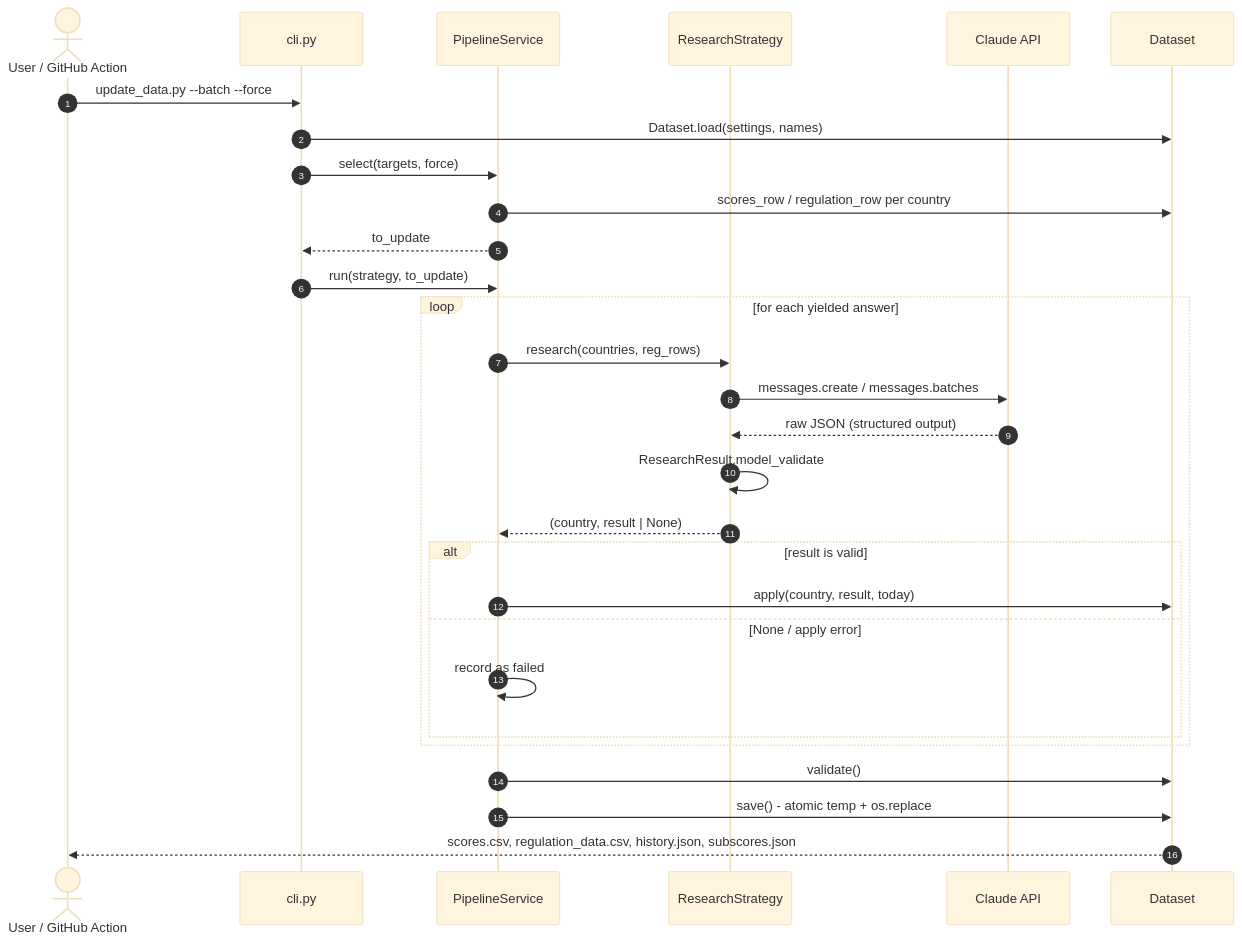
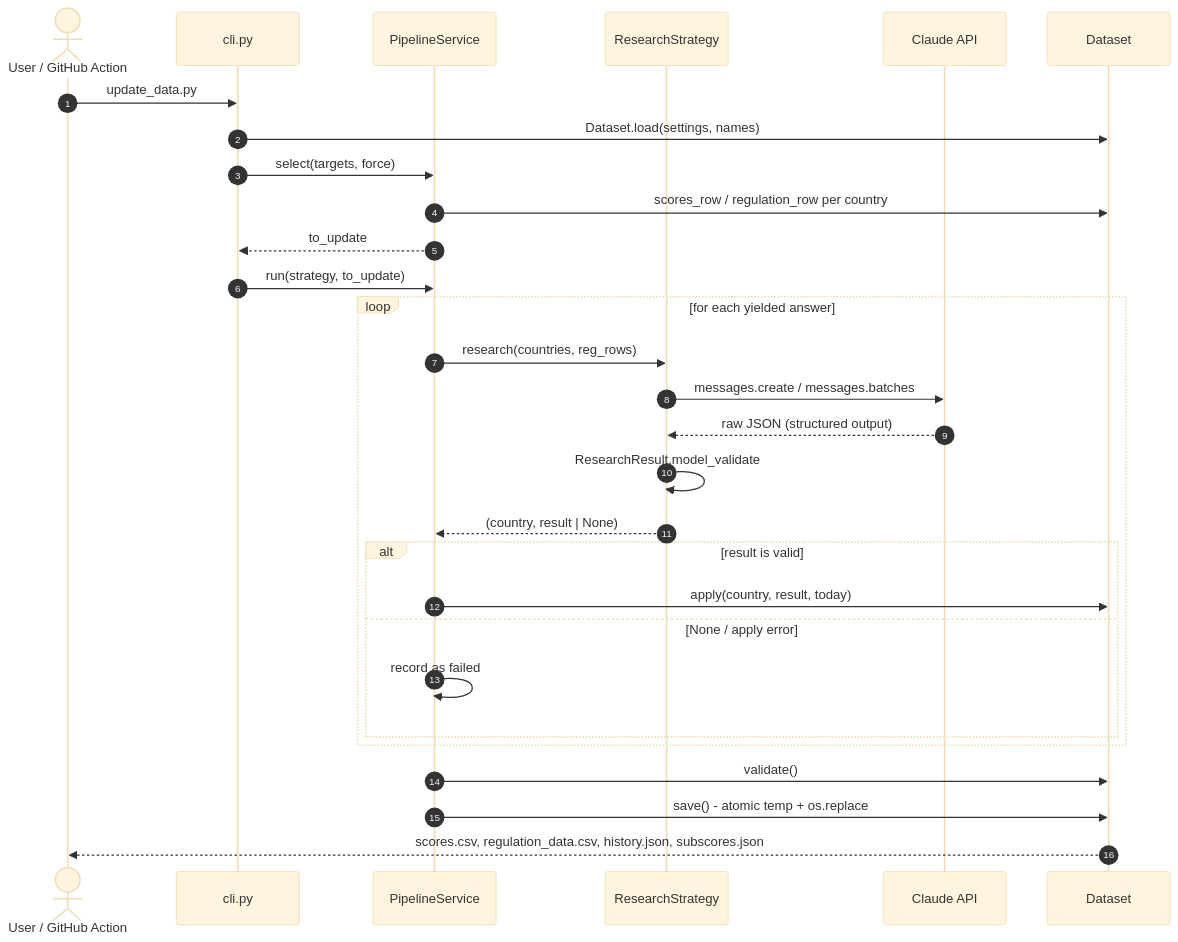
Before and after one commit to riadeane/airegulationmap: the second of 8 diagrams in scripts/regulation_pipeline/README.md, drawn with Mermaid (base theme). The commit also changed other lines of this file and 26 other files, not shown here.

````diff
--- a/scripts/regulation_pipeline/README.md
+++ b/scripts/regulation_pipeline/README.md
@@ -90,34 +90,34 @@
 ```mermaid
 sequenceDiagram
     autonumber
     actor U as User / GitHub Action
     participant CLI as cli.py
     participant SVC as PipelineService
     participant ST as ResearchStrategy
     participant API as Claude API
     participant DS as Dataset
 
-    U->>CLI: update_data.py --batch --force
+    U->>CLI: update_data.py
     CLI->>DS: Dataset.load(settings, names)
     CLI->>SVC: select(targets, force)
     SVC->>DS: scores_row / regulation_row per country
     SVC-->>CLI: to_update
     CLI->>SVC: run(strategy, to_update)
 
     loop for each yielded answer
         SVC->>ST: research(countries, reg_rows)
         ST->>API: messages.create / messages.batches
         API-->>ST: raw JSON (structured output)
         ST->>ST: ResearchResult.model_validate
         ST-->>SVC: (country, result | None)
         alt result is valid
             SVC->>DS: apply(country, result, today)
         else None / apply error
             SVC->>SVC: record as failed
         end
     end
 
     SVC->>DS: validate()
     SVC->>DS: save() - atomic temp + os.replace
     DS-->>U: scores.csv, regulation_data.csv, history.json, subscores.json
 ```
````
